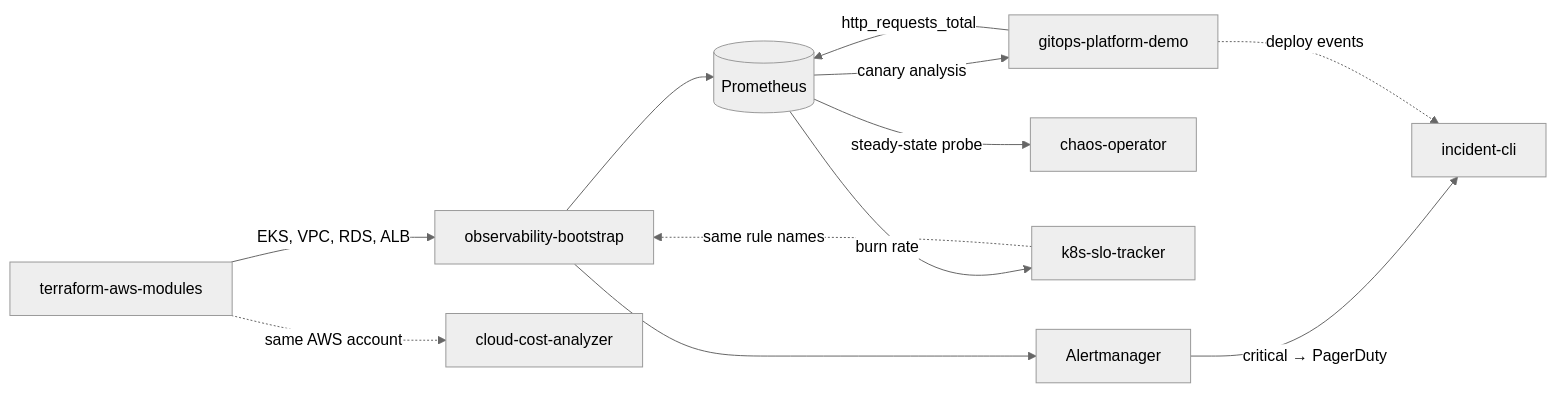
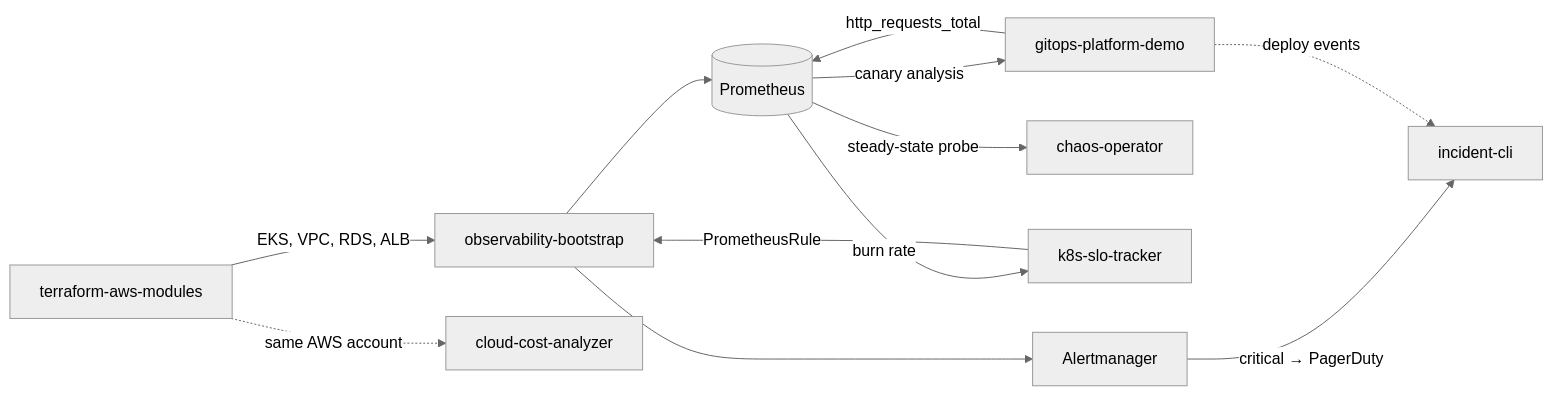
The diagram in README.md (jamespham8929/jamespham8929), drawn with Mermaid (neutral theme) before and after one commit. The commit also changed other lines of this file, not shown here.

First line of the commit message:
the slo tracker's rules now install into the stack

````diff
--- a/README.md
+++ b/README.md
@@ -12,24 +12,24 @@
 ```mermaid
 flowchart LR
   TF["terraform-aws-modules"]
   OBS["observability-bootstrap"]
   GITOPS["gitops-platform-demo"]
   CHAOS["chaos-operator"]
   SLO["k8s-slo-tracker"]
   INC["incident-cli"]
   COST["cloud-cost-analyzer"]
   PROM[("Prometheus")]
   AM["Alertmanager"]
 
   TF -->|"EKS, VPC, RDS, ALB"| OBS
   OBS --> PROM
   OBS --> AM
   GITOPS -->|"http_requests_total"| PROM
   PROM -->|"canary analysis"| GITOPS
   PROM -->|"burn rate"| SLO
+  SLO -->|"PrometheusRule"| OBS
   PROM -->|"steady-state probe"| CHAOS
   AM -->|"critical → PagerDuty"| INC
   TF -.->|"same AWS account"| COST
-  SLO -.->|"same rule names"| OBS
   GITOPS -.->|"deploy events"| INC
 ```
````
